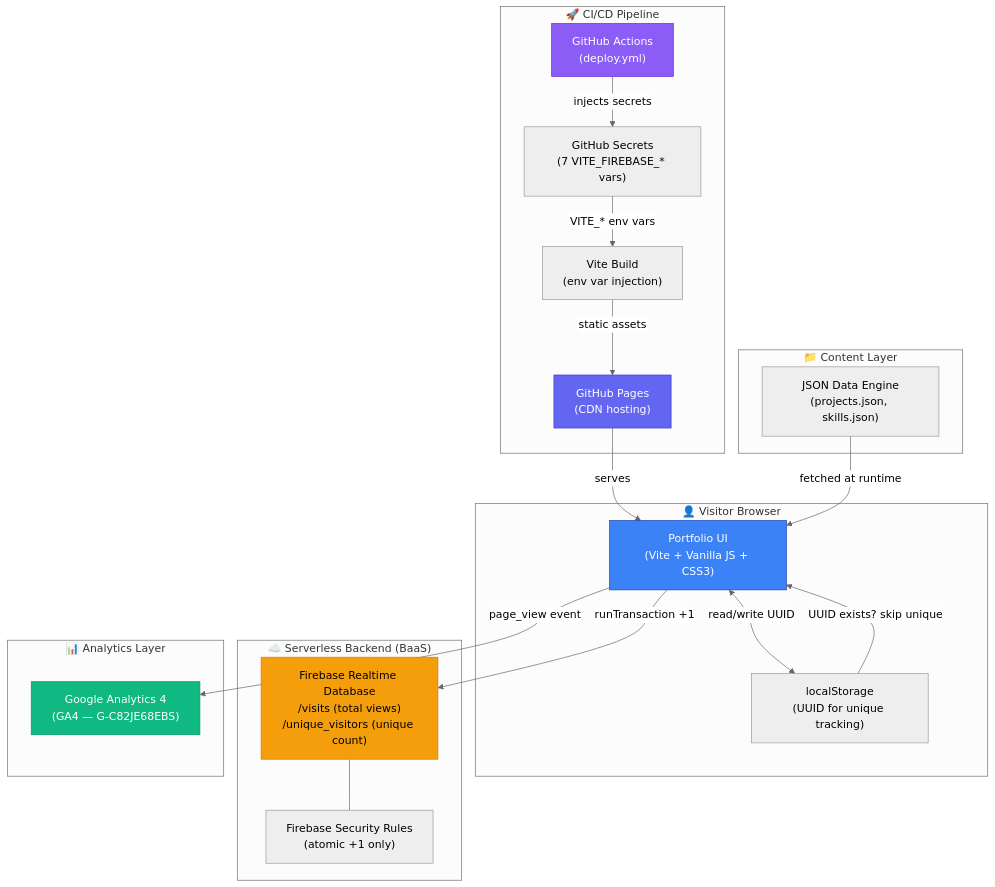
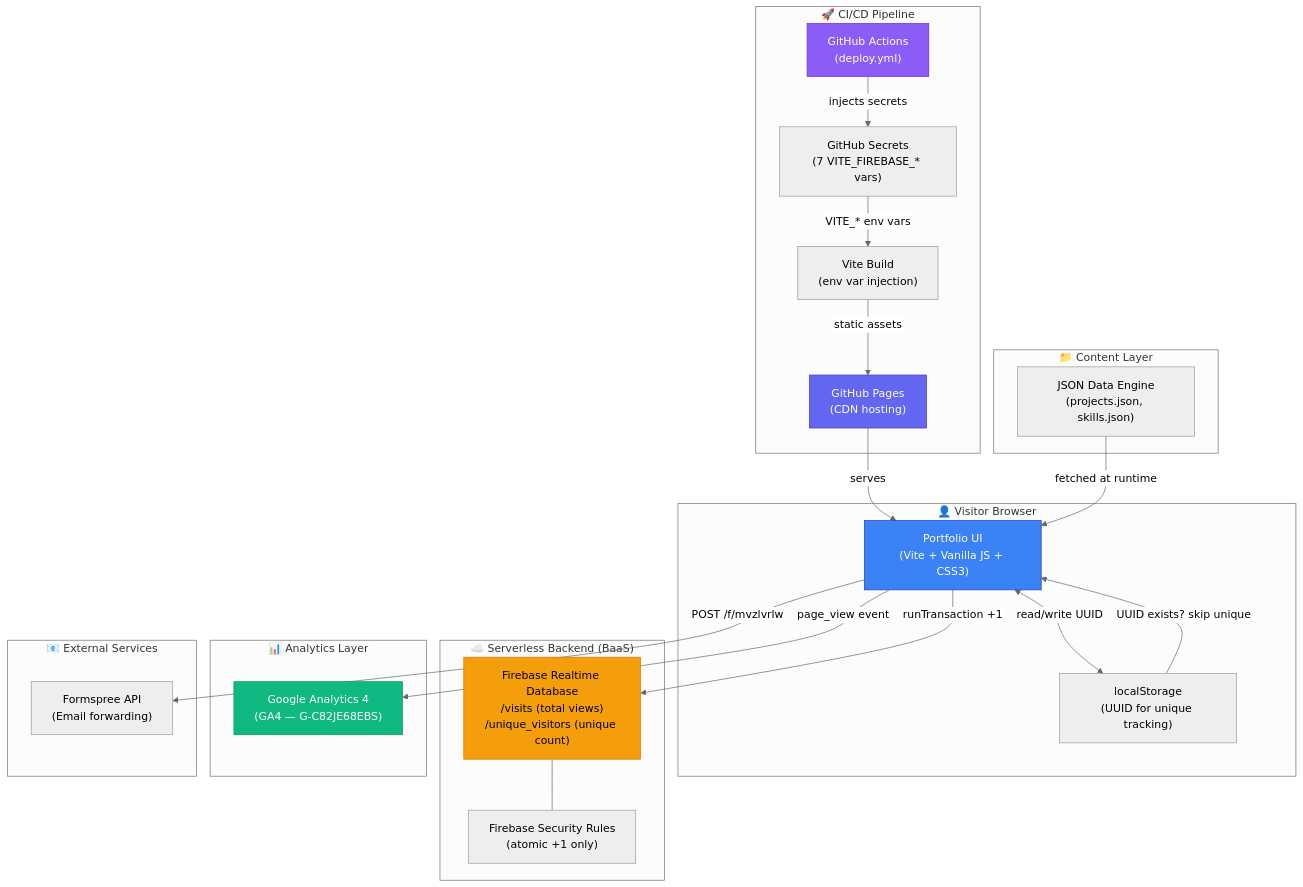
One commit to peramnaveen29/portfolio changed the first of 3 diagrams in ARCHITECTURE.md. Above: the diagram before and after it, drawn with Mermaid (neutral theme). The commit also changed other lines of this file and 1 other file, not shown here.

````diff
--- a/ARCHITECTURE.md
+++ b/ARCHITECTURE.md
@@ -9,44 +9,49 @@
 ```mermaid
 graph TB
     subgraph "👤 Visitor Browser"
         A["Portfolio UI<br/>(Vite + Vanilla JS + CSS3)"]
         B["localStorage<br/>(UUID for unique tracking)"]
     end
 
     subgraph "☁️ Serverless Backend (BaaS)"
         C["Firebase Realtime Database<br/>/visits (total views)<br/>/unique_visitors (unique count)"]
         D["Firebase Security Rules<br/>(atomic +1 only)"]
     end
 
     subgraph "📊 Analytics Layer"
         E["Google Analytics 4<br/>(GA4 — G-C82JE68EBS)"]
     end
 
     subgraph "🚀 CI/CD Pipeline"
         F["GitHub Actions<br/>(deploy.yml)"]
         G["GitHub Secrets<br/>(7 VITE_FIREBASE_* vars)"]
         H["Vite Build<br/>(env var injection)"]
         I["GitHub Pages<br/>(CDN hosting)"]
     end
 
     subgraph "📁 Content Layer"
         J["JSON Data Engine<br/>(projects.json, skills.json)"]
     end
 
+    subgraph "📧 External Services"
+        K["Formspree API<br/>(Email forwarding)"]
+    end
+
     A -->|"page_view event"| E
     A -->|"runTransaction +1"| C
     A <-->|"read/write UUID"| B
     B -->|"UUID exists? skip unique"| A
+    A -->|"POST /f/mvzlvrlw"| K
     C --- D
     F -->|"injects secrets"| G
     G -->|"VITE_* env vars"| H
     H -->|"static assets"| I
     I -->|"serves"| A
     J -->|"fetched at runtime"| A
 
     style A fill:#3b82f6,stroke:#1e40af,color:#fff
     style C fill:#f59e0b,stroke:#d97706,color:#000
     style E fill:#10b981,stroke:#059669,color:#fff
     style F fill:#8b5cf6,stroke:#6d28d9,color:#fff
     style I fill:#6366f1,stroke:#4338ca,color:#fff
 ```
````
